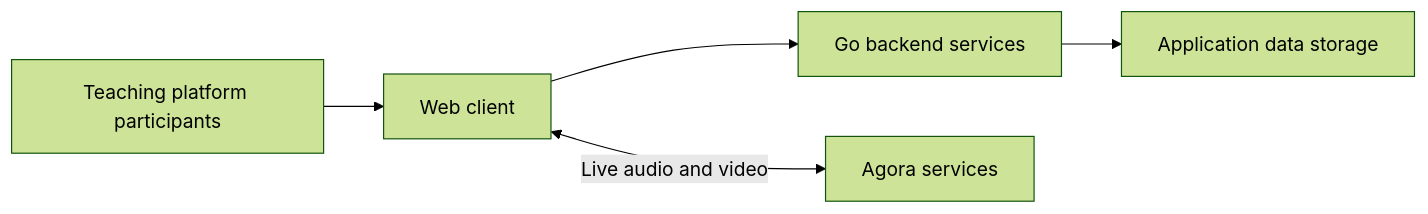
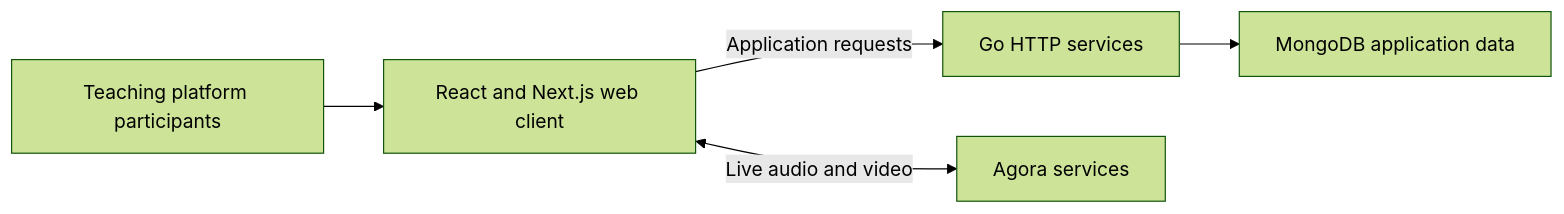
Before and after one commit to muhammadrayyankashif/Engineering-Projects: the diagram in RESPIRE/README.md, drawn with Mermaid (forest theme). The commit also changed other lines of this file and 6 other files, not shown here.

Commit message:
Expand project workflows and source-backed architecture descriptions

````diff
--- a/RESPIRE/README.md
+++ b/RESPIRE/README.md
@@ -24,7 +38,7 @@
 ```mermaid
 flowchart LR
-    U[Teaching platform participants] --> W[Web client]
-    W --> B[Go backend services]
-    B --> D[Application data storage]
-    W <-->|Live audio and video| A[Agora services]
+    P[Teaching platform participants] --> WEB[React and Next.js web client]
+    WEB -->|Application requests| API[Go HTTP services]
+    API --> DB[MongoDB application data]
+    WEB <-->|Live audio and video| RTC[Agora services]
 ```
````
